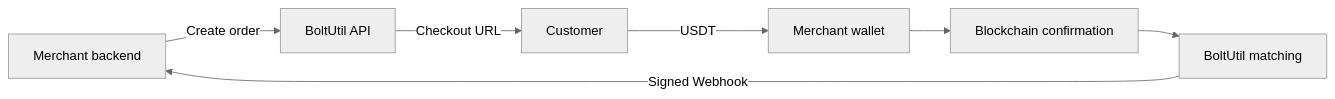
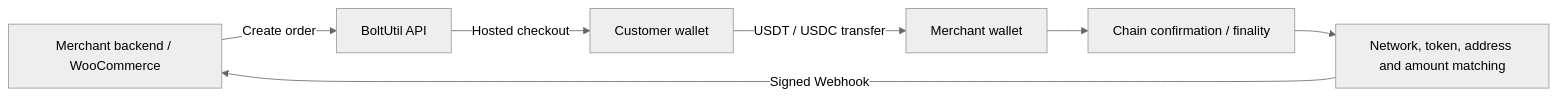
Before and after one commit to changye0413/BoltUtil: the diagram in README.md, drawn with Mermaid (neutral theme). The commit also changed other lines of this file and 13 other files, not shown here.

Commit message:
Refresh BoltUtil v2.1 guides in 12 languages and stablecoin API reference

````diff
--- a/README.md
+++ b/README.md
@@ -74,9 +131,9 @@
 ```mermaid
 flowchart LR
-    A[Merchant backend] -->|Create order| B[BoltUtil API]
-    B -->|Checkout URL| C[Customer]
-    C -->|USDT| D[Merchant wallet]
-    D --> E[Blockchain confirmation]
-    E --> F[BoltUtil matching]
-    F -->|Signed Webhook| A
+    A["Merchant backend / WooCommerce"] -->|"Create order"| B["BoltUtil API"]
+    B -->|"Hosted checkout"| C["Customer wallet"]
+    C -->|"USDT / USDC transfer"| D["Merchant wallet"]
+    D --> E["Chain confirmation / finality"]
+    E --> F["Network, token, address and amount matching"]
+    F -->|"Signed Webhook"| A
 ```
````
